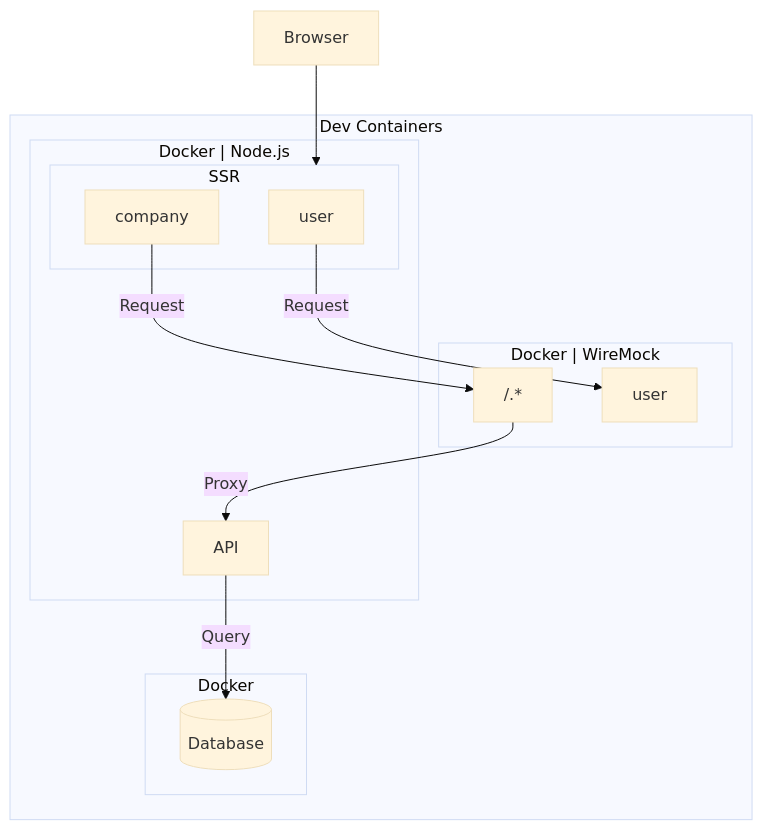
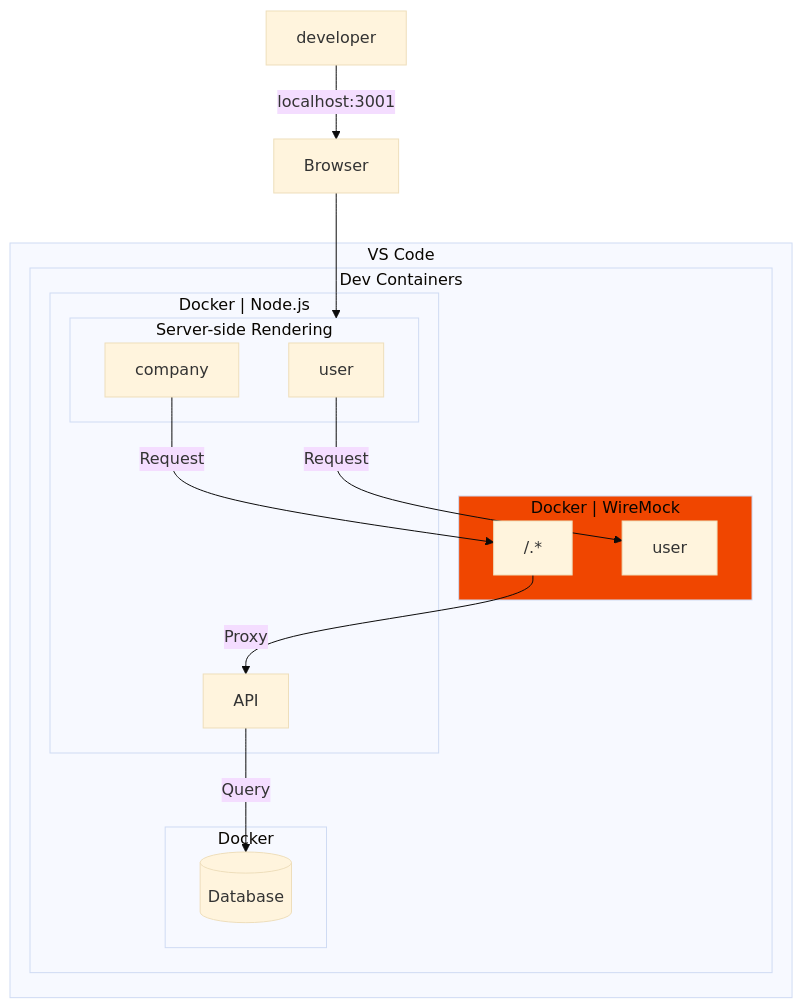
The diagram in articles/812a65cf883b98.md (danny-yamamoto/zenn-docs), drawn with Mermaid (base theme) before and after one commit. The commit also changed other lines of this file, not shown here.

````diff
--- a/articles/812a65cf883b98.md
+++ b/articles/812a65cf883b98.md
@@ -21,25 +23,30 @@
 ```mermaid
 flowchart TD
     browser[Browser]
-    subgraph devcon[Dev Containers]
-        subgraph docker_mock["Docker | WireMock"]
-            any["/.*"]
-            users[user]
-        end
-        subgraph docker_db[Docker]
-            db[(Database)]
-        end
-        subgraph docker_monorepo["Docker | Node.js"]
-            subgraph render[SSR]
-                user
-                company
+    subgraph ide["VS Code"]
+        subgraph devcon[Dev Containers]
+            subgraph docker_mock["Docker | WireMock"]
+                any["/.*"]
+                users[user]
             end
-            api[API]
+            subgraph docker_db[Docker]
+                db[(Database)]
+            end
+            subgraph docker_monorepo["Docker | Node.js"]
+                subgraph render["Server-side Rendering"]
+                    user
+                    company
+                end
+                api[API]
+            end
         end
     end
+    developer -->|localhost:3001| browser
     browser --> render
     user -->|Request| users
     company -->|Request| any
     any -->|Proxy| api
     api -->|Query| db
+    classDef kubell fill:#f04600,stroke:#000000,stroke-width:2px;
+    style docker_mock fill:#f04600
 ```
````
